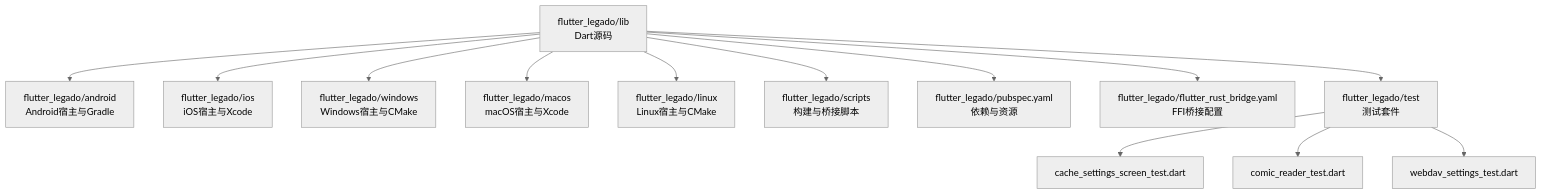
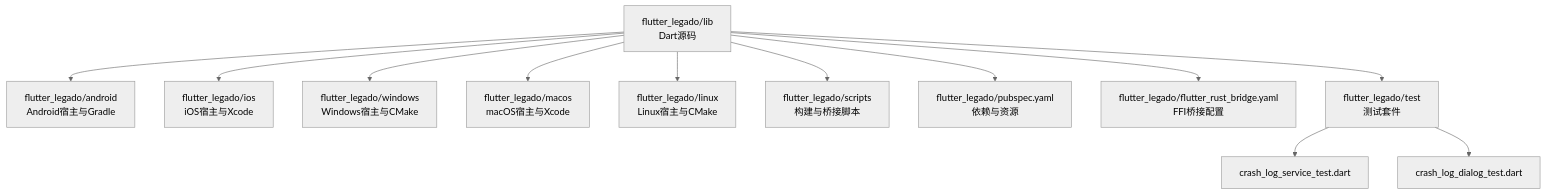
One commit to ZhangGHGitHub/LegadoTeamFlutter changed the first of 10 diagrams in .qoder/repowiki/zh/content/Flutter跨平台应用/Flutter跨平台应用.md. Above: the diagram before and after it, drawn with Mermaid (neutral theme). The commit also changed other lines of this file and 68 other files, not shown here.

````diff
--- a/.qoder/repowiki/zh/content/Flutter跨平台应用/Flutter跨平台应用.md
+++ b/.qoder/repowiki/zh/content/Flutter跨平台应用/Flutter跨平台应用.md
@@ -56,15 +55,14 @@
 ```mermaid
 graph TB
 A["flutter_legado/lib<br/>Dart源码"] --> B["flutter_legado/android<br/>Android宿主与Gradle"]
 A --> C["flutter_legado/ios<br/>iOS宿主与Xcode"]
 A --> D["flutter_legado/windows<br/>Windows宿主与CMake"]
 A --> E["flutter_legado/macos<br/>macOS宿主与Xcode"]
 A --> F["flutter_legado/linux<br/>Linux宿主与CMake"]
 A --> G["flutter_legado/scripts<br/>构建与桥接脚本"]
 A --> H["flutter_legado/pubspec.yaml<br/>依赖与资源"]
 A --> I["flutter_legado/flutter_rust_bridge.yaml<br/>FFI桥接配置"]
 A --> J["flutter_legado/test<br/>测试套件"]
-J --> K["cache_settings_screen_test.dart"]
-J --> L["comic_reader_test.dart"]
-J --> M["webdav_settings_test.dart"]
+J --> K["crash_log_service_test.dart"]
+J --> L["crash_log_dialog_test.dart"]
 ```
````
